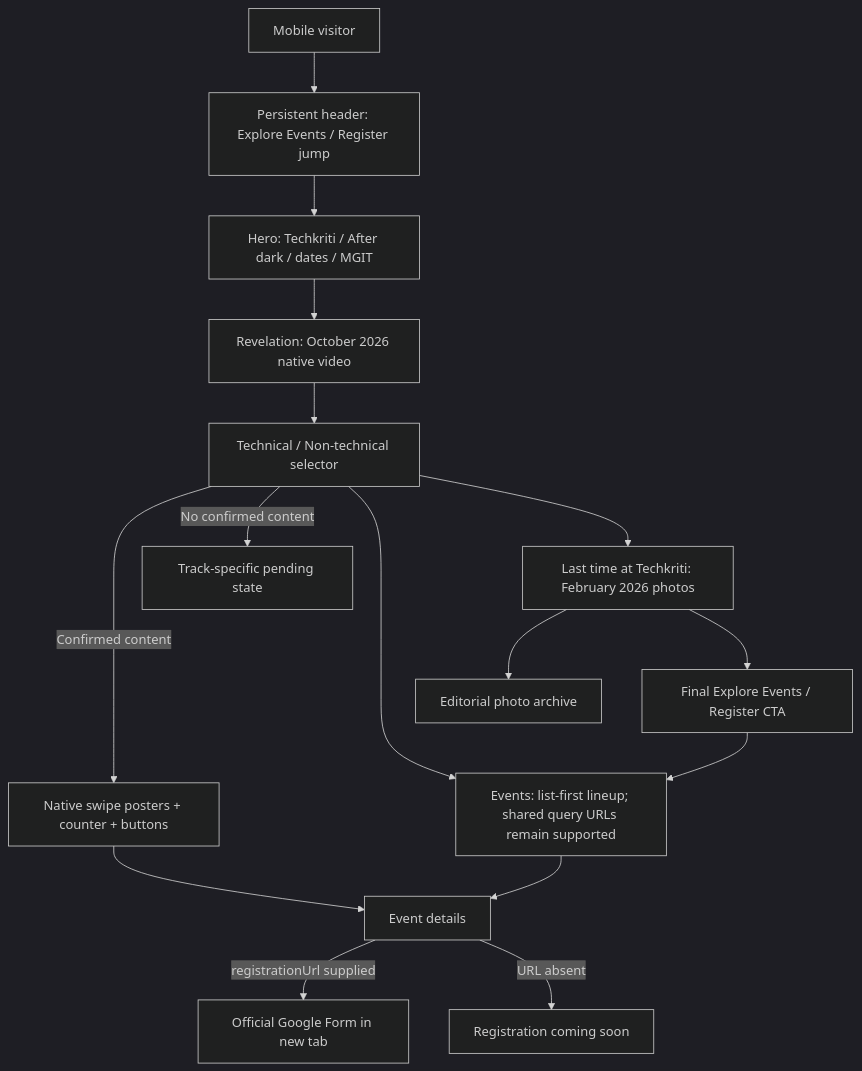
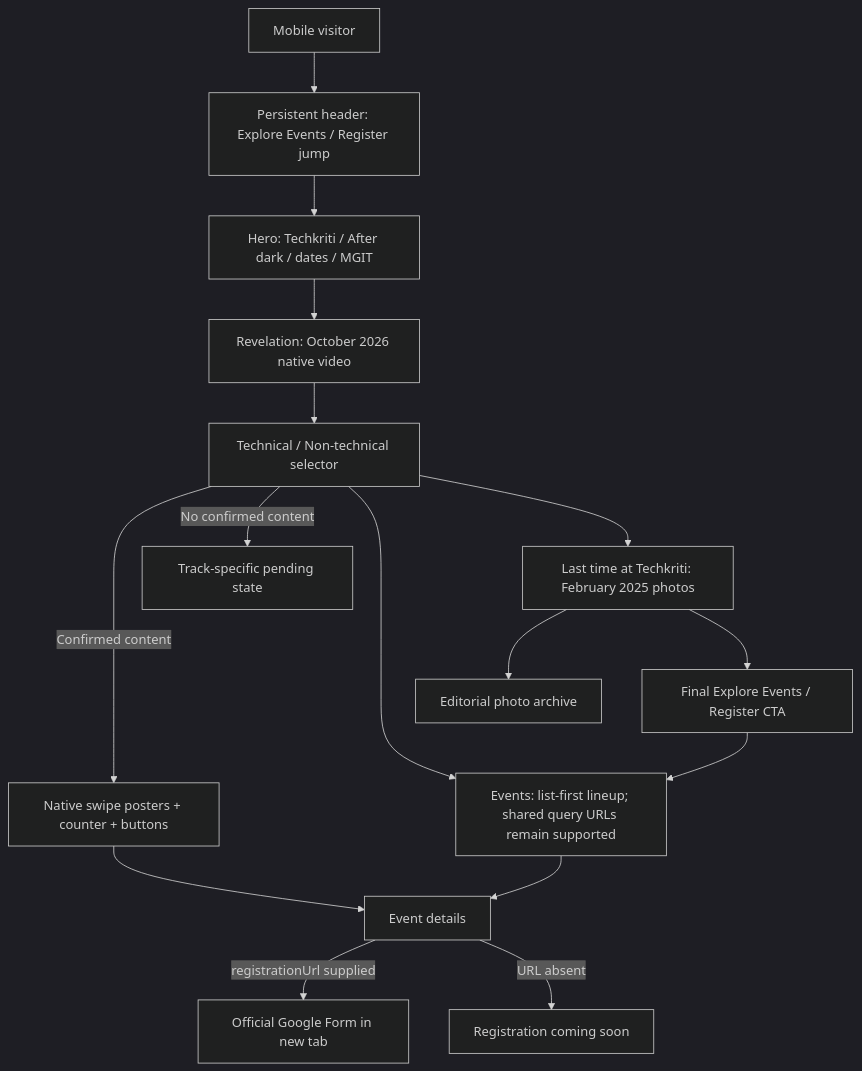
One commit to RamaChandra53/techkriti-website changed the first of 2 diagrams in docs/architecture.md. Above: the diagram before and after it, drawn with Mermaid (dark theme). The commit also changed other lines of this file and 19 other files, not shown here.

````diff
--- a/docs/architecture.md
+++ b/docs/architecture.md
@@ -7,18 +7,18 @@
 ```mermaid
 flowchart TD
     Visitor[Mobile visitor] --> Header[Persistent header: Explore Events / Register jump]
     Header --> Hero[Hero: Techkriti / After dark / dates / MGIT]
     Hero --> Reveal[Revelation: October 2026 native video]
     Reveal --> Discovery[Technical / Non-technical selector]
     Discovery -->|Confirmed content| Carousel[Native swipe posters + counter + buttons]
     Discovery -->|No confirmed content| Pending[Track-specific pending state]
     Discovery --> Events[Events: list-first lineup; shared query URLs remain supported]
     Carousel --> Detail[Event details]
     Events --> Detail
     Detail -->|registrationUrl supplied| Form[Official Google Form in new tab]
     Detail -->|URL absent| NoForm[Registration coming soon]
-    Discovery --> Photos[Last time at Techkriti: February 2026 photos]
+    Discovery --> Photos[Last time at Techkriti: February 2025 photos]
     Photos --> Gallery[Editorial photo archive]
     Photos --> CTA[Final Explore Events / Register CTA]
     CTA --> Events
 ```
````
